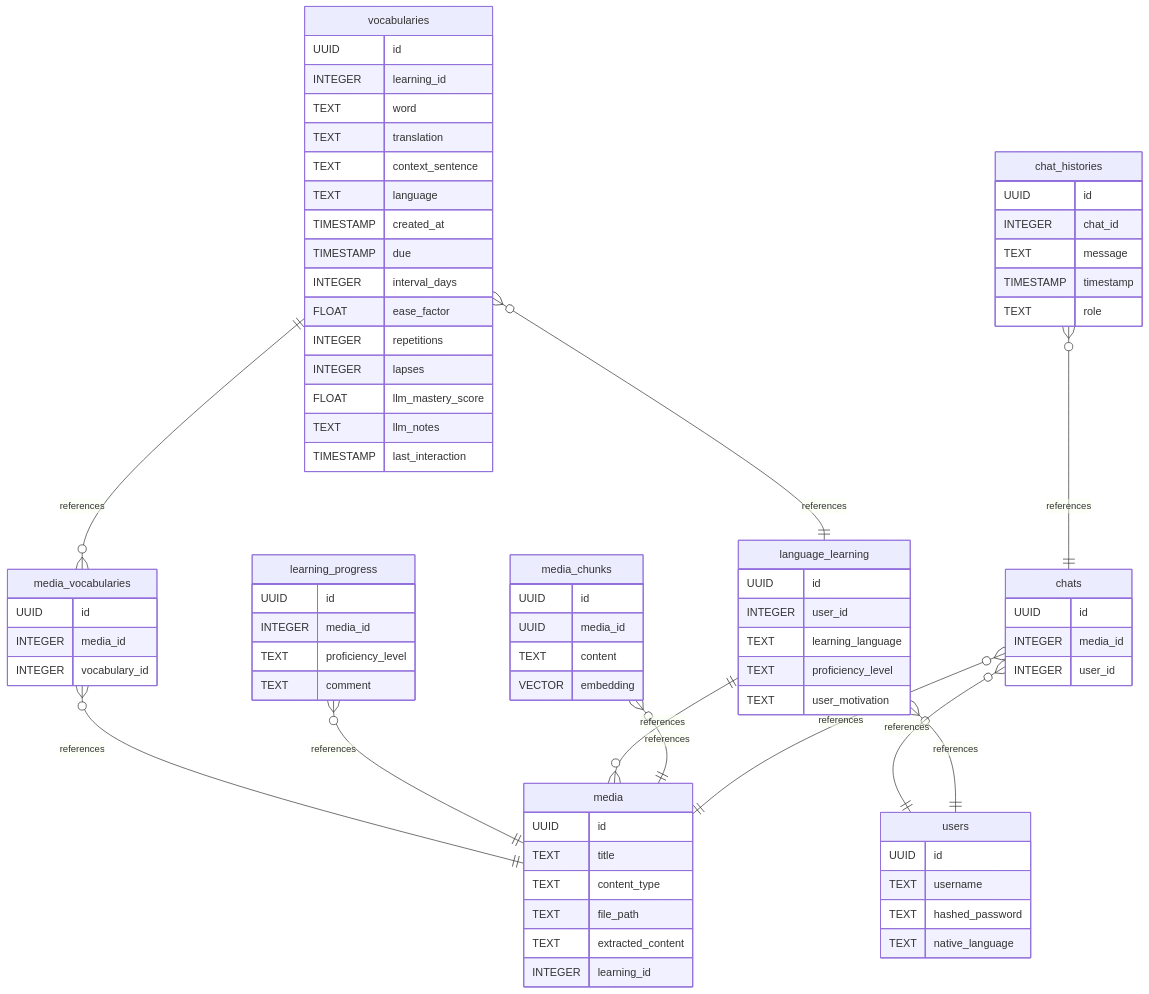
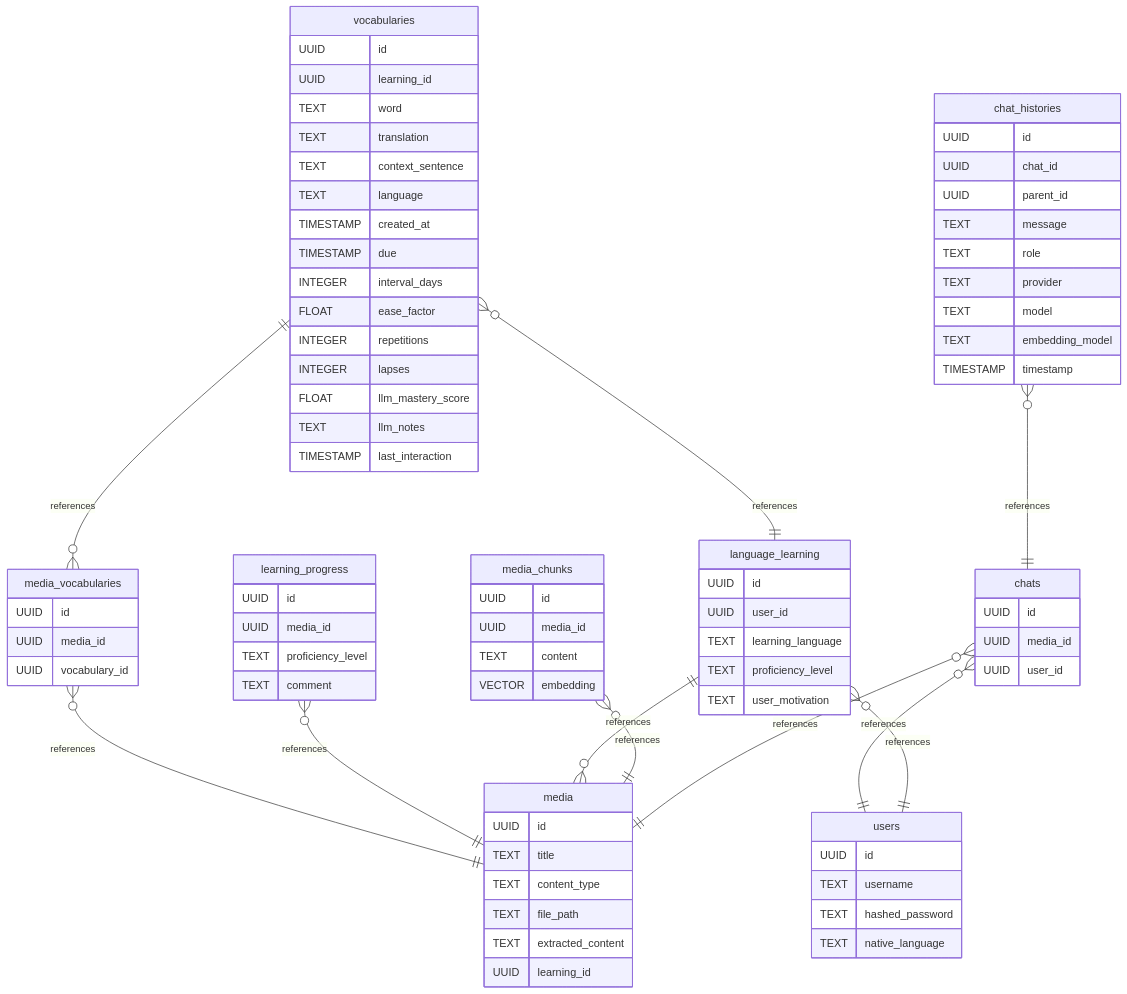
Before and after one commit to BurkhardtJan/Dengwa-AI: the second of 2 diagrams in README.md, drawn with Mermaid. The commit also changed other lines of this file and 1 other file, not shown here.

Commit message:
Actualization of Doku

````diff
--- a/README.md
+++ b/README.md
@@ -296,7 +298,7 @@
         TEXT content_type
         TEXT file_path
         TEXT extracted_content
-        INTEGER learning_id
+        UUID learning_id
     }
     media_chunks {
         UUID id
@@ -307,7 +309,7 @@
 
     vocabularies {
         UUID id
-        INTEGER learning_id
+        UUID learning_id
         TEXT word
         TEXT translation
         TEXT context_sentence
@@ -325,21 +327,25 @@
 
     chats {
         UUID id
-        INTEGER media_id
-        INTEGER user_id
+        UUID media_id
+        UUID user_id
     }
 
     chat_histories {
         UUID id
-        INTEGER chat_id
+        UUID chat_id
+        UUID parent_id
         TEXT message
+        TEXT role
+        TEXT provider
+        TEXT model
+        TEXT embedding_model
         TIMESTAMP timestamp
-        TEXT role
     }
 
     language_learning {
         UUID id
-        INTEGER user_id
+        UUID user_id
         TEXT learning_language
         TEXT proficiency_level
         TEXT user_motivation
@@ -347,14 +353,14 @@
 
     learning_progress {
         UUID id
-        INTEGER media_id
+        UUID media_id
         TEXT proficiency_level
         TEXT comment
     }
 
     media_vocabularies {
         UUID id
-        INTEGER media_id
-        INTEGER vocabulary_id
+        UUID media_id
+        UUID vocabulary_id
     }
 ```
````
